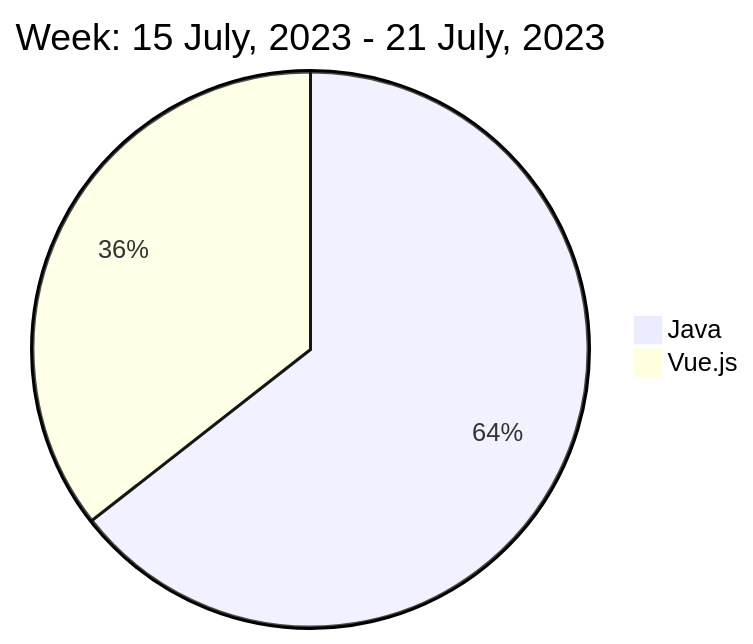
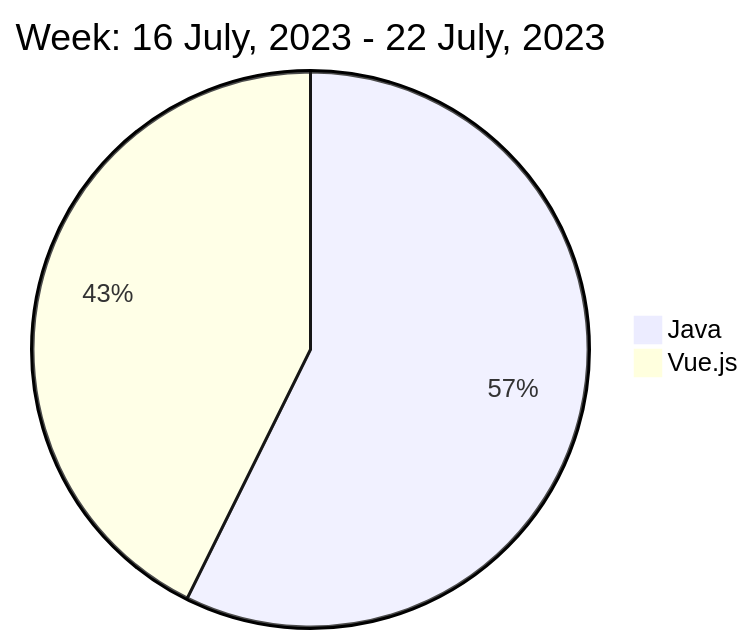
Before and after one commit to liubin95/liubin95: the diagram in README.md, drawn with Mermaid.

Commit message:
Updated the Graph with new Metrics

````diff
--- a/README.md
+++ b/README.md
@@ -40,6 +40,6 @@
 ```mermaid
  pie
-title Week: 15 July, 2023 - 21 July, 2023
- "Java" : 8.37
- "Vue.js" : 4.62
+title Week: 16 July, 2023 - 22 July, 2023
+ "Java" : 5.48
+ "Vue.js" : 4.08
 ```
````
